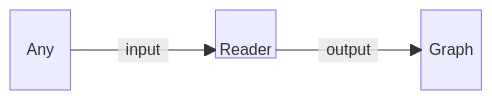
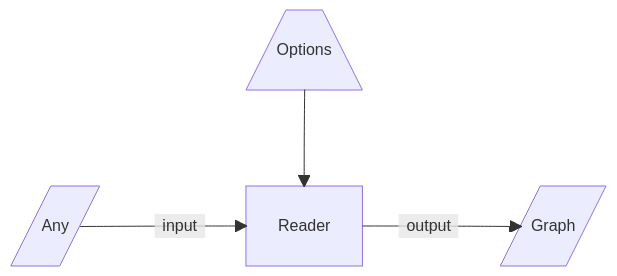
The diagram in program-patterns/diagrams/reader.mmd (asimov-specs/asimov-specs), drawn with Mermaid before and after one commit. The commit also changed 19 other files, not shown here.

Commit message:
Enhance the data flow diagrams.

```diff
--- a/program-patterns/diagrams/reader.mmd
+++ b/program-patterns/diagrams/reader.mmd
@@ -1,11 +1,19 @@
+---
+title: Data flow for readers
+---
 block-beta
-    columns 7
-    Any space:2 Reader space:2 Graph
-    Any-- "input" -->Reader
-    Reader-- "output" -->Graph
+  classDef block height:48px,padding:8px;
 
-    classDef block height:48px,padding:8px;
-    classDef hidden visibility:none;
-    class Reader block
-    class Any hidden
-    class Graph hidden
+  columns 5
+  space:2 Options space:2
+  space:5
+  Input space Program space Output
+
+  Options --> Program
+  Input-- "input" -->Program
+  Program-- "output" -->Output
+
+  Options[/"Options"\]
+  Program["Reader"]
+  Input[/"Any"/]
+  Output[/"Graph"/]
```
